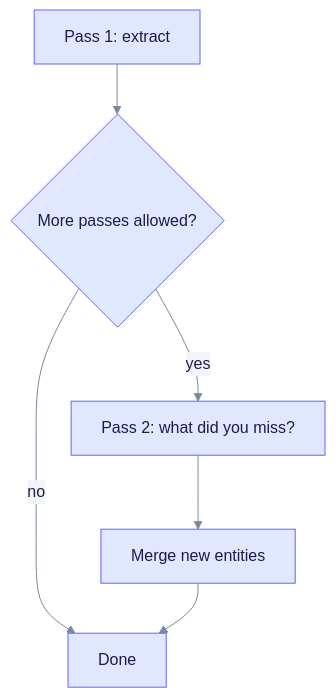
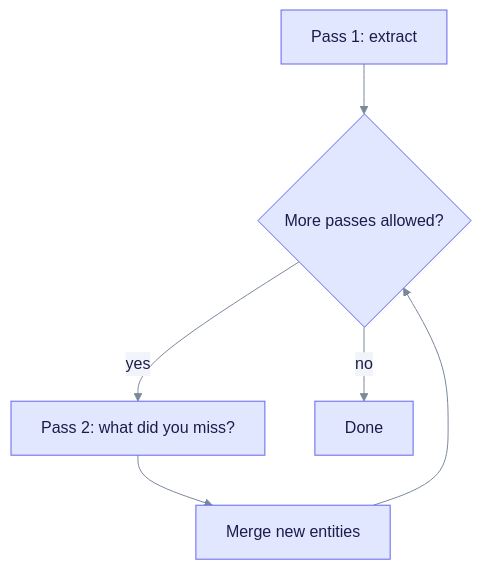
The second of 3 diagrams in docs/concepts/entity-extraction.md (raphaelmansuy/edgequake), drawn with Mermaid before and after one commit. The commit also changed other lines of this file and 194 other files, not shown here.

First line of the commit message:
Refresh docs against code and rebuild schema E/R as progressive steps

````diff
--- a/docs/concepts/entity-extraction.md
+++ b/docs/concepts/entity-extraction.md
@@ -80,10 +92,10 @@
 ```mermaid
 %%{init: {"theme":"base","themeVariables":{"primaryColor":"#E0E7FF","primaryBorderColor":"#6366F1","primaryTextColor":"#1E1B4B","secondaryColor":"#D1FAE5","secondaryBorderColor":"#10B981","secondaryTextColor":"#064E3B","tertiaryColor":"#FEF3C7","tertiaryBorderColor":"#F59E0B","tertiaryTextColor":"#6B7A90","lineColor":"#7A889C","clusterBkg":"rgba(99,102,241,0.07)","clusterBorder":"#A5B4FC","noteBkgColor":"#FEF9C3","noteTextColor":"#422006","textColor":"#6B7A90","titleColor":"#6B7A90","signalColor":"#7A889C","signalTextColor":"#6B7A90","loopTextColor":"#6B7A90","edgeLabelBackground":"#F1F5F9","actorLineColor":"#94A3B8"}}}%%
 %% eq-theme:v1
 flowchart TD
     A["Pass 1: extract"] --> B{"More passes allowed?"}
     B -->|yes| C["Pass 2: what did you miss?"]
     C --> D["Merge new entities"]
+    D --> B
     B -->|no| E["Done"]
-    D --> E
 ```
````
